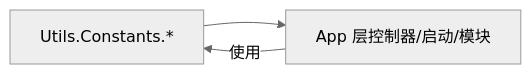
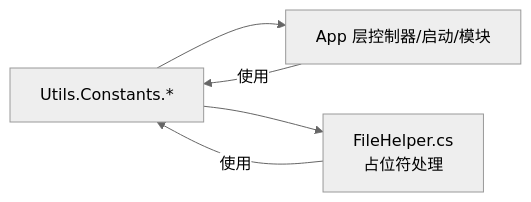
The eighth of 8 diagrams in .qoder/repowiki/zh/content/工具库详解/常量和配置.md (Sosososolong/AirGo), drawn with Mermaid (neutral theme) before and after one commit. The commit also changed other lines of this file and 3 other files, not shown here.

````diff
--- a/.qoder/repowiki/zh/content/工具库详解/常量和配置.md
+++ b/.qoder/repowiki/zh/content/工具库详解/常量和配置.md
@@ -299,5 +334,7 @@
 ```mermaid
 graph LR
 Utils["Utils.Constants.*"] --> App["App 层控制器/启动/模块"]
+Utils --> FH["FileHelper.cs<br/>占位符处理"]
 App --> |使用| Utils
+FH --> |使用| Utils
 ```
````
